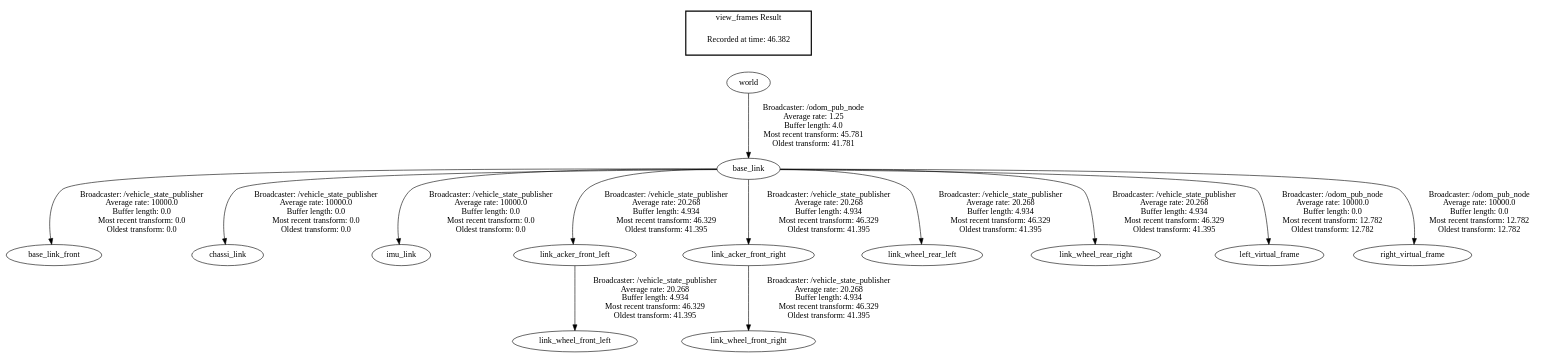
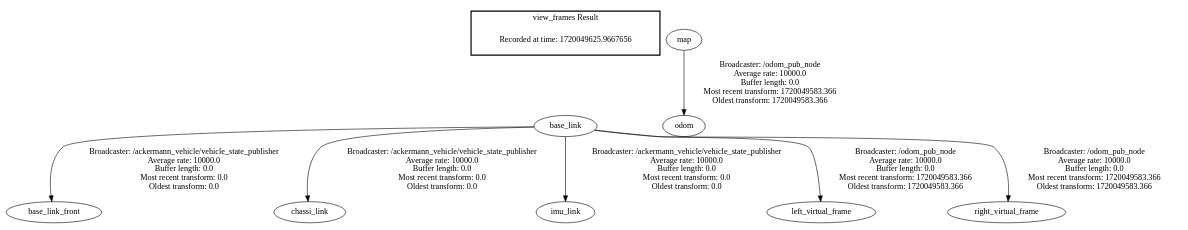
Before and after one commit to Grupo-SEMEAR-USP/Trekking_2024: the diagram in Programação/RPi4/catkin_ws/frames.gv, drawn with Graphviz. The commit also changed 13 other files, not shown here.

Commit message:
Atualizado nó que publica a tf (tf entre map e odom adicionada)

```diff
--- a/Programação/RPi4/catkin_ws/frames.gv
+++ b/Programação/RPi4/catkin_ws/frames.gv
@@ -1,18 +1,12 @@
 digraph G {
-"base_link" -> "base_link_front"[label=" Broadcaster: /vehicle_state_publisher\nAverage rate: 10000.0\nBuffer length: 0.0\nMost recent transform: 0.0\nOldest transform: 0.0\n"];
-"world" -> "base_link"[label=" Broadcaster: /odom_pub_node\nAverage rate: 1.25\nBuffer length: 4.0\nMost recent transform: 45.781\nOldest transform: 41.781\n"];
-"base_link" -> "chassi_link"[label=" Broadcaster: /vehicle_state_publisher\nAverage rate: 10000.0\nBuffer length: 0.0\nMost recent transform: 0.0\nOldest transform: 0.0\n"];
-"base_link" -> "imu_link"[label=" Broadcaster: /vehicle_state_publisher\nAverage rate: 10000.0\nBuffer length: 0.0\nMost recent transform: 0.0\nOldest transform: 0.0\n"];
-"base_link" -> "link_acker_front_left"[label=" Broadcaster: /vehicle_state_publisher\nAverage rate: 20.268\nBuffer length: 4.934\nMost recent transform: 46.329\nOldest transform: 41.395\n"];
-"base_link" -> "link_acker_front_right"[label=" Broadcaster: /vehicle_state_publisher\nAverage rate: 20.268\nBuffer length: 4.934\nMost recent transform: 46.329\nOldest transform: 41.395\n"];
-"link_acker_front_left" -> "link_wheel_front_left"[label=" Broadcaster: /vehicle_state_publisher\nAverage rate: 20.268\nBuffer length: 4.934\nMost recent transform: 46.329\nOldest transform: 41.395\n"];
-"link_acker_front_right" -> "link_wheel_front_right"[label=" Broadcaster: /vehicle_state_publisher\nAverage rate: 20.268\nBuffer length: 4.934\nMost recent transform: 46.329\nOldest transform: 41.395\n"];
-"base_link" -> "link_wheel_rear_left"[label=" Broadcaster: /vehicle_state_publisher\nAverage rate: 20.268\nBuffer length: 4.934\nMost recent transform: 46.329\nOldest transform: 41.395\n"];
-"base_link" -> "link_wheel_rear_right"[label=" Broadcaster: /vehicle_state_publisher\nAverage rate: 20.268\nBuffer length: 4.934\nMost recent transform: 46.329\nOldest transform: 41.395\n"];
-"base_link" -> "left_virtual_frame"[label=" Broadcaster: /odom_pub_node\nAverage rate: 10000.0\nBuffer length: 0.0\nMost recent transform: 12.782\nOldest transform: 12.782\n"];
-"base_link" -> "right_virtual_frame"[label=" Broadcaster: /odom_pub_node\nAverage rate: 10000.0\nBuffer length: 0.0\nMost recent transform: 12.782\nOldest transform: 12.782\n"];
+"base_link" -> "base_link_front"[label=" Broadcaster: /ackermann_vehicle/vehicle_state_publisher\nAverage rate: 10000.0\nBuffer length: 0.0\nMost recent transform: 0.0\nOldest transform: 0.0\n"];
+"base_link" -> "chassi_link"[label=" Broadcaster: /ackermann_vehicle/vehicle_state_publisher\nAverage rate: 10000.0\nBuffer length: 0.0\nMost recent transform: 0.0\nOldest transform: 0.0\n"];
+"base_link" -> "imu_link"[label=" Broadcaster: /ackermann_vehicle/vehicle_state_publisher\nAverage rate: 10000.0\nBuffer length: 0.0\nMost recent transform: 0.0\nOldest transform: 0.0\n"];
+"map" -> "odom"[label=" Broadcaster: /odom_pub_node\nAverage rate: 10000.0\nBuffer length: 0.0\nMost recent transform: 1720049583.366\nOldest transform: 1720049583.366\n"];
+"base_link" -> "left_virtual_frame"[label=" Broadcaster: /odom_pub_node\nAverage rate: 10000.0\nBuffer length: 0.0\nMost recent transform: 1720049583.366\nOldest transform: 1720049583.366\n"];
+"base_link" -> "right_virtual_frame"[label=" Broadcaster: /odom_pub_node\nAverage rate: 10000.0\nBuffer length: 0.0\nMost recent transform: 1720049583.366\nOldest transform: 1720049583.366\n"];
 edge [style=invis];
  subgraph cluster_legend { style=bold; color=black; label ="view_frames Result";
-"Recorded at time: 46.382"[ shape=plaintext ] ;
-}->"world";
+"Recorded at time: 1720049625.9667656"[ shape=plaintext ] ;
+}->"base_link";
 }
```
